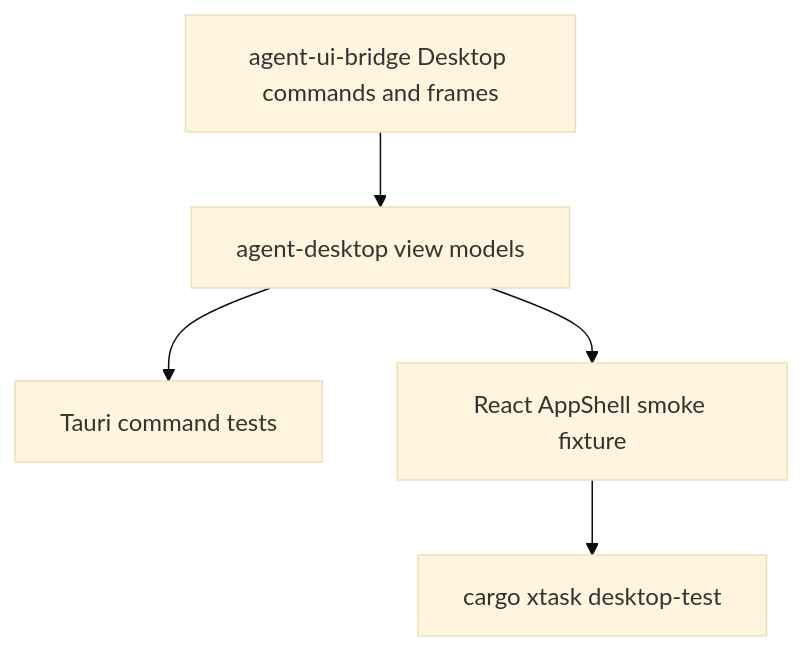
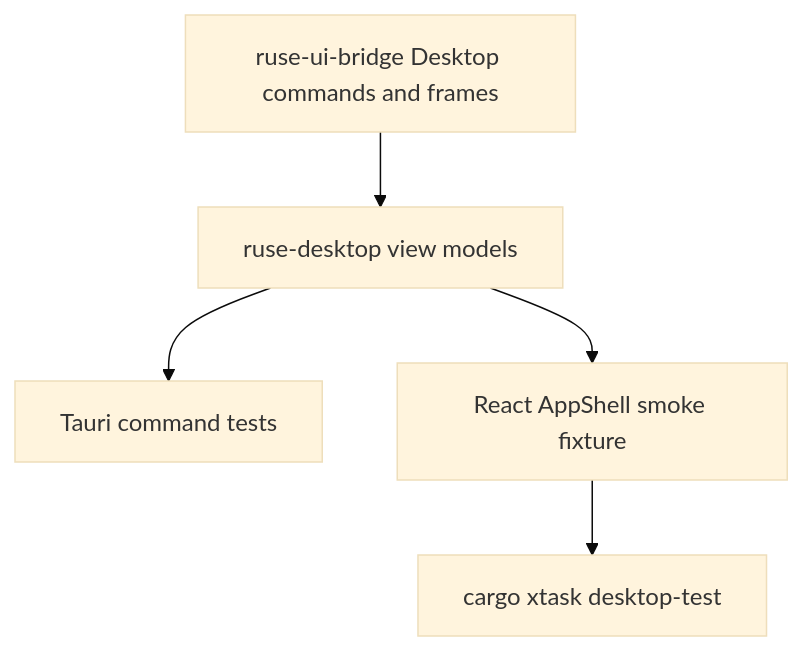
One commit to poneding/agent changed the diagram in docs/specs/M60-05-desktop-golden-path-smoke.spec.md. Above: the diagram before and after it, drawn with Mermaid (base theme). The commit also changed other lines of this file and 2091 other files, not shown here.

First line of the commit message:
refactor: rename agent branding to ruse

````diff
--- a/docs/specs/M60-05-desktop-golden-path-smoke.spec.md
+++ b/docs/specs/M60-05-desktop-golden-path-smoke.spec.md
@@ -36,7 +36,7 @@
 ```mermaid
 flowchart TD
-  BridgeFixture["agent-ui-bridge Desktop commands and frames"] --> DesktopContracts["agent-desktop view models"]
+  BridgeFixture["ruse-ui-bridge Desktop commands and frames"] --> DesktopContracts["ruse-desktop view models"]
   DesktopContracts --> TauriCommands["Tauri command tests"]
   DesktopContracts --> ReactSmoke["React AppShell smoke fixture"]
   ReactSmoke --> Xtask["cargo xtask desktop-test"]
 ```
````
